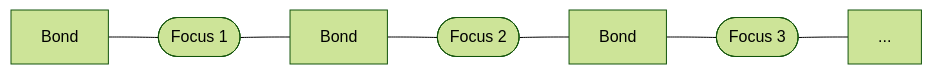
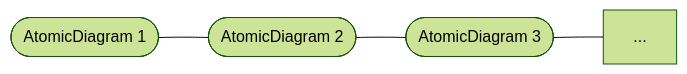
Before and after one commit to ggreif/opetopic: the first of 2 diagrams in .claude/skills/opetopes.md, drawn with Mermaid (forest theme). The commit also changed other lines of this file, not shown here.

````diff
--- a/.claude/skills/opetopes.md
+++ b/.claude/skills/opetopes.md
@@ -7,4 +9,4 @@
 ```mermaid
 flowchart LR
-  B1[Bond] --- F1([Focus 1]) --- B2[Bond] --- F2([Focus 2]) --- B3[Bond] --- F3([Focus 3]) --- dots[...]
+  F1([AtomicDiagram 1]) --- F2([AtomicDiagram 2]) --- F3([AtomicDiagram 3]) --- dots[...]
 ```
````
